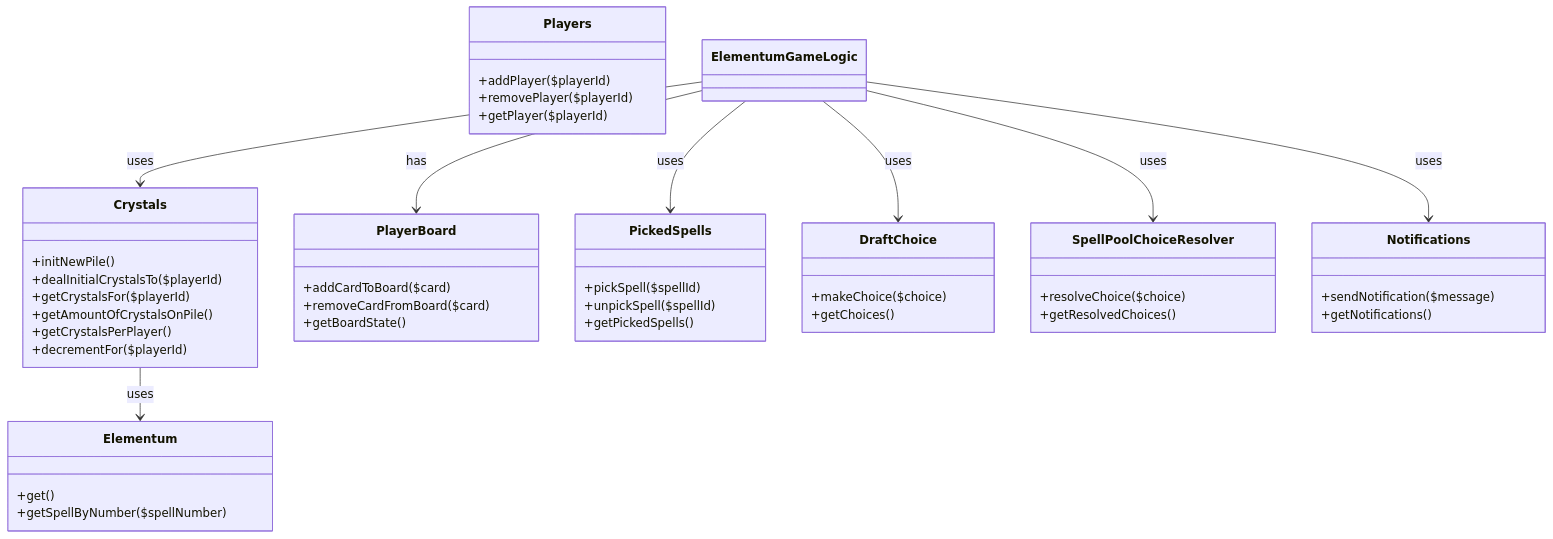
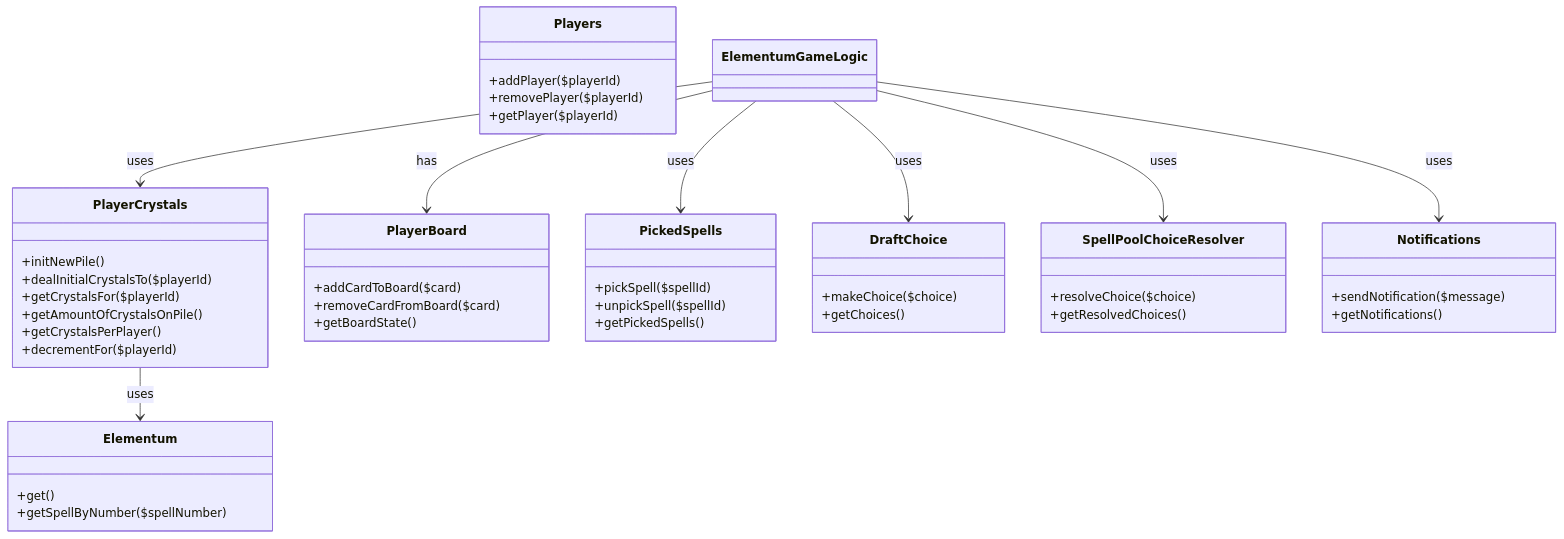
One commit to imralav/bga-elementum changed the diagram in misc/class_diagram.md. Above: the diagram before and after it, drawn with Mermaid. The commit also changed 23 other files, not shown here.

````diff
--- a/misc/class_diagram.md
+++ b/misc/class_diagram.md
@@ -1,57 +1,57 @@
 ```mermaid
 classDiagram
-    class Crystals {
+    class PlayerCrystals {
         +initNewPile()
         +dealInitialCrystalsTo($playerId)
         +getCrystalsFor($playerId)
         +getAmountOfCrystalsOnPile()
         +getCrystalsPerPlayer()
         +decrementFor($playerId)
     }
 
     class Players {
         +addPlayer($playerId)
         +removePlayer($playerId)
         +getPlayer($playerId)
     }
 
     class PlayerBoard {
         +addCardToBoard($card)
         +removeCardFromBoard($card)
         +getBoardState()
     }
 
     class PickedSpells {
         +pickSpell($spellId)
         +unpickSpell($spellId)
         +getPickedSpells()
     }
 
     class DraftChoice {
         +makeChoice($choice)
         +getChoices()
     }
 
     class SpellPoolChoiceResolver {
         +resolveChoice($choice)
         +getResolvedChoices()
     }
 
     class Notifications {
         +sendNotification($message)
         +getNotifications()
     }
 
     class Elementum {
         +get()
         +getSpellByNumber($spellNumber)
     }
 
-    Crystals --> Elementum : uses
-    ElementumGameLogic --> Crystals : uses
+    PlayerCrystals --> Elementum : uses
+    ElementumGameLogic --> PlayerCrystals : uses
     ElementumGameLogic --> PlayerBoard : has
     ElementumGameLogic --> PickedSpells : uses
     ElementumGameLogic --> DraftChoice : uses
     ElementumGameLogic --> SpellPoolChoiceResolver : uses
     ElementumGameLogic --> Notifications : uses
 ```
````
